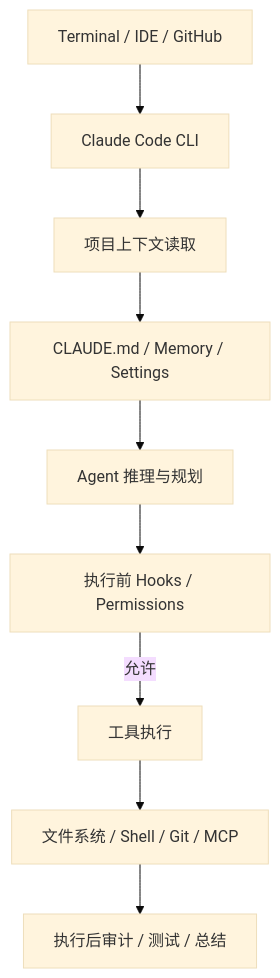
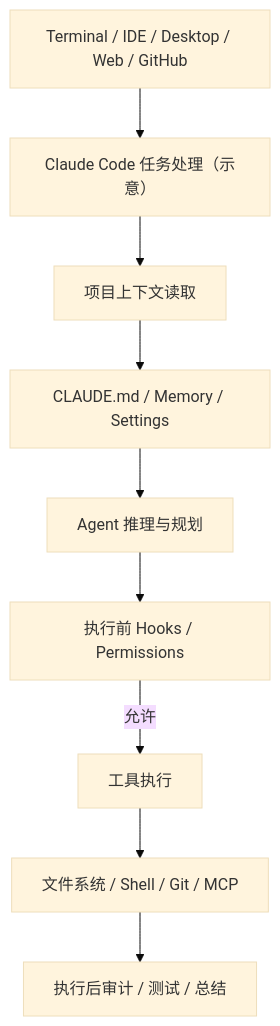
Before and after one commit to GuoWWWX/knowledge-base: the diagram in 10-AI应用开发/09-标杆产品拆解/Claude-Code/01-Claude-Code产品定位与总体架构.md, drawn with Mermaid (base theme). The commit also changed other lines of this file and 368 other files, not shown here.

````diff
--- a/10-AI应用开发/09-标杆产品拆解/Claude-Code/01-Claude-Code产品定位与总体架构.md
+++ b/10-AI应用开发/09-标杆产品拆解/Claude-Code/01-Claude-Code产品定位与总体架构.md
@@ -33,11 +31,11 @@
 ```mermaid
 flowchart TD
-    A["Terminal / IDE / GitHub"] --> B["Claude Code CLI"]
+    A["Terminal / IDE / Desktop / Web / GitHub"] --> B["Claude Code 任务处理（示意）"]
     B --> C["项目上下文读取"]
     C --> D["CLAUDE.md / Memory / Settings"]
     D --> E["Agent 推理与规划"]
     E --> H["执行前 Hooks / Permissions"]
     H -->|允许| F["工具执行"]
     F --> G["文件系统 / Shell / Git / MCP"]
     G --> I["执行后审计 / 测试 / 总结"]
 ```
````
